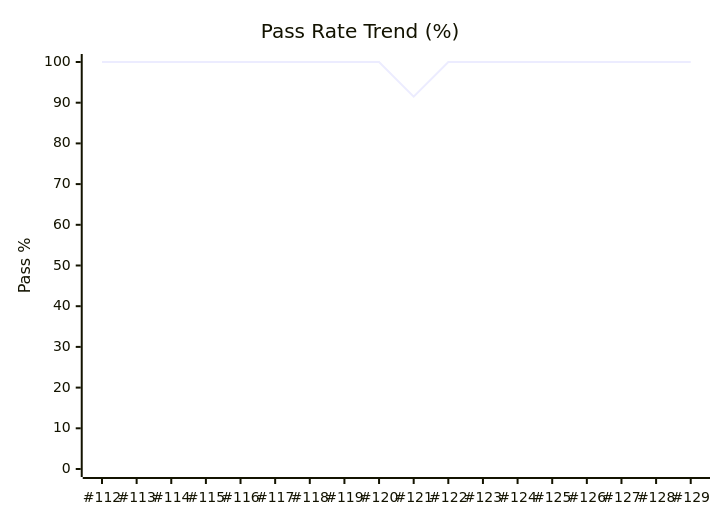
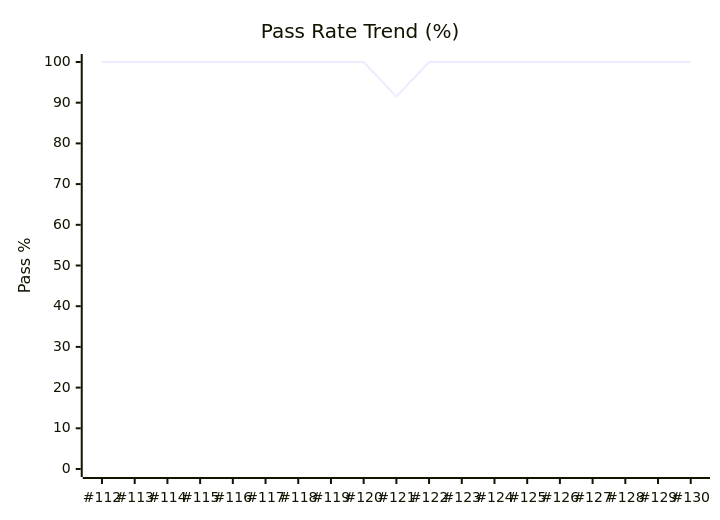
One commit to karimarie67/QA-boost changed the diagram in dashboards/qa-metrics.md. Above: the diagram before and after it, drawn with Mermaid. The commit also changed other lines of this file and 2 other files, not shown here.

````diff
--- a/dashboards/qa-metrics.md
+++ b/dashboards/qa-metrics.md
@@ -37,7 +37,7 @@
 ```mermaid
 xychart-beta
     title "Pass Rate Trend (%)"
-    x-axis [#112, #113, #114, #115, #116, #117, #118, #119, #120, #121, #122, #123, #124, #125, #126, #127, #128, #129]
+    x-axis [#112, #113, #114, #115, #116, #117, #118, #119, #120, #121, #122, #123, #124, #125, #126, #127, #128, #129, #130]
     y-axis "Pass %" 0 --> 100
-    line [100.0, 100.0, 100.0, 100.0, 100.0, 100.0, 100.0, 100.0, 100.0, 91.5, 100.0, 100.0, 100.0, 100.0, 100.0, 100.0, 100.0, 100.0]
+    line [100.0, 100.0, 100.0, 100.0, 100.0, 100.0, 100.0, 100.0, 100.0, 91.5, 100.0, 100.0, 100.0, 100.0, 100.0, 100.0, 100.0, 100.0, 100.0]
 ```
````
